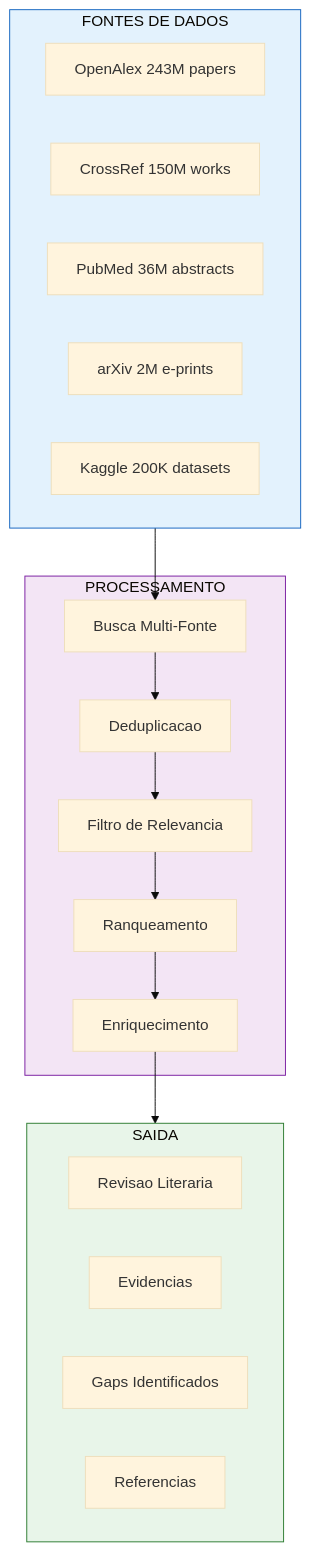
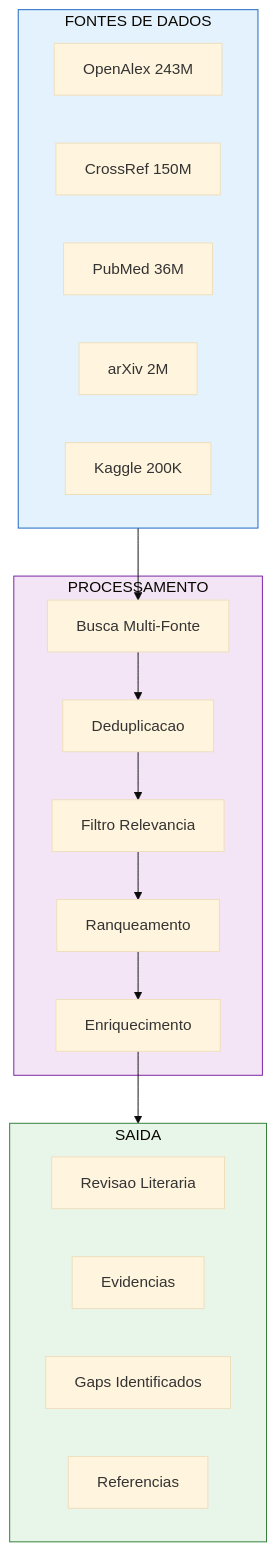
Diagram 15 of 22 in README.md (MarceloClaro/opencode-ecosystem-core), drawn with Mermaid (base theme) before and after one commit. The commit also changed other lines of this file, not shown here.

First line of the commit message:
feat(docs): fix flowcharts, add themes, translate datasets to Portuguese

````diff
--- a/README.md
+++ b/README.md
@@ -934,36 +874,32 @@
 ```mermaid
 flowchart TD
-    subgraph SOURCES ["FONTES DE DADOS"]
-        OA["OpenAlex 243M papers"]
-        CR["CrossRef 150M works"]
-        PM["PubMed 36M abstracts"]
-        AR["arXiv 2M e-prints"]
-        KG["Kaggle 200K datasets"]
+    subgraph SRC[FONTES DE DADOS]
+        OA[OpenAlex 243M]
+        CR[CrossRef 150M]
+        PM[PubMed 36M]
+        AR[arXiv 2M]
+        KG[Kaggle 200K]
     end
 
-    subgraph PROCESS ["PROCESSAMENTO"]
-        SEARCH2["Busca Multi-Fonte"]
-        DEDUP["Deduplicacao"]
-        FILTER2["Filtro de Relevancia"]
-        RANK2["Ranqueamento"]
-        ENRICH2["Enriquecimento"]
+    subgraph PROC[PROCESSAMENTO]
+        SEARCH2[Busca Multi-Fonte]
+        DEDUP[Deduplicacao]
+        FILTER2[Filtro Relevancia]
+        RANK2[Ranqueamento]
+        ENRICH2[Enriquecimento]
     end
 
-    subgraph OUTPUT3 ["SAIDA"]
-        LIT["Revisao Literaria"]
-        EVID["Evidencias"]
-        GAP2["Gaps Identificados"]
-        REF["Referencias"]
+    subgraph OUT3[SAIDA]
+        LIT[Revisao Literaria]
+        EVID[Evidencias]
+        GAP2[Gaps Identificados]
+        REF[Referencias]
     end
 
-    SOURCES --> SEARCH2
-    SEARCH2 --> DEDUP
-    DEDUP --> FILTER2
-    FILTER2 --> RANK2
-    RANK2 --> ENRICH2
-    ENRICH2 --> OUTPUT3
+    SRC --> SEARCH2
+    SEARCH2 --> DEDUP --> FILTER2 --> RANK2 --> ENRICH2 --> OUT3
 
-    style SOURCES fill:#e3f2fd,stroke:#1565c0
-    style PROCESS fill:#f3e5f5,stroke:#7b1fa2
-    style OUTPUT3 fill:#e8f5e9,stroke:#2e7d32
+    style SRC fill:#e3f2fd,stroke:#1565c0
+    style PROC fill:#f3e5f5,stroke:#7b1fa2
+    style OUT3 fill:#e8f5e9,stroke:#2e7d32
 ```
````
